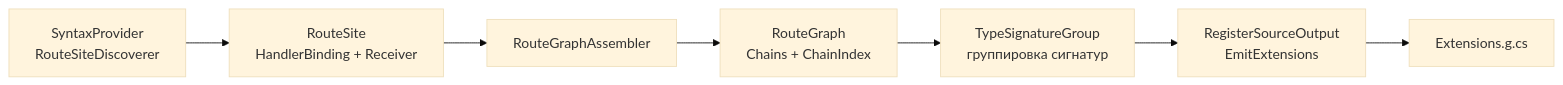
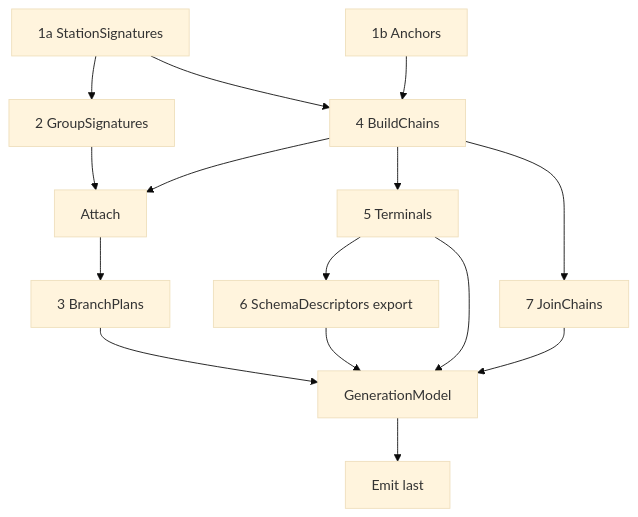
Before and after one commit to moragfullrest-cmyk/TrainOP: the second of 7 diagrams in docs/architecture-internals.md, drawn with Mermaid (base theme). The commit also changed other lines of this file and 49 other files, not shown here.

````diff
--- a/docs/architecture-internals.md
+++ b/docs/architecture-internals.md
@@ -65,9 +71,17 @@
 ```mermaid
-flowchart LR
-  S["SyntaxProvider<br/>RouteSiteDiscoverer"] --> R["RouteSite<br/>HandlerBinding + Receiver"]
-  R --> A["RouteGraphAssembler"]
-  A --> G["RouteGraph<br/>Chains + ChainIndex"]
-  G --> TSG["TypeSignatureGroup<br/>группировка сигнатур"]
-  TSG --> RSO["RegisterSourceOutput<br/>EmitExtensions"]
-  RSO --> E["Extensions.g.cs"]
+flowchart TB
+  St["1a StationSignatures"] --> G["2 GroupSignatures"]
+  An["1b Anchors"] --> C["4 BuildChains"]
+  St --> C
+  G --> Att["Attach"]
+  C --> Att
+  Att --> B["3 BranchPlans"]
+  C --> T["5 Terminals"]
+  T --> S["6 SchemaDescriptors export"]
+  C --> J["7 JoinChains"]
+  B --> M["GenerationModel"]
+  T --> M
+  S --> M
+  J --> M
+  M --> E["Emit last"]
 ```
````
